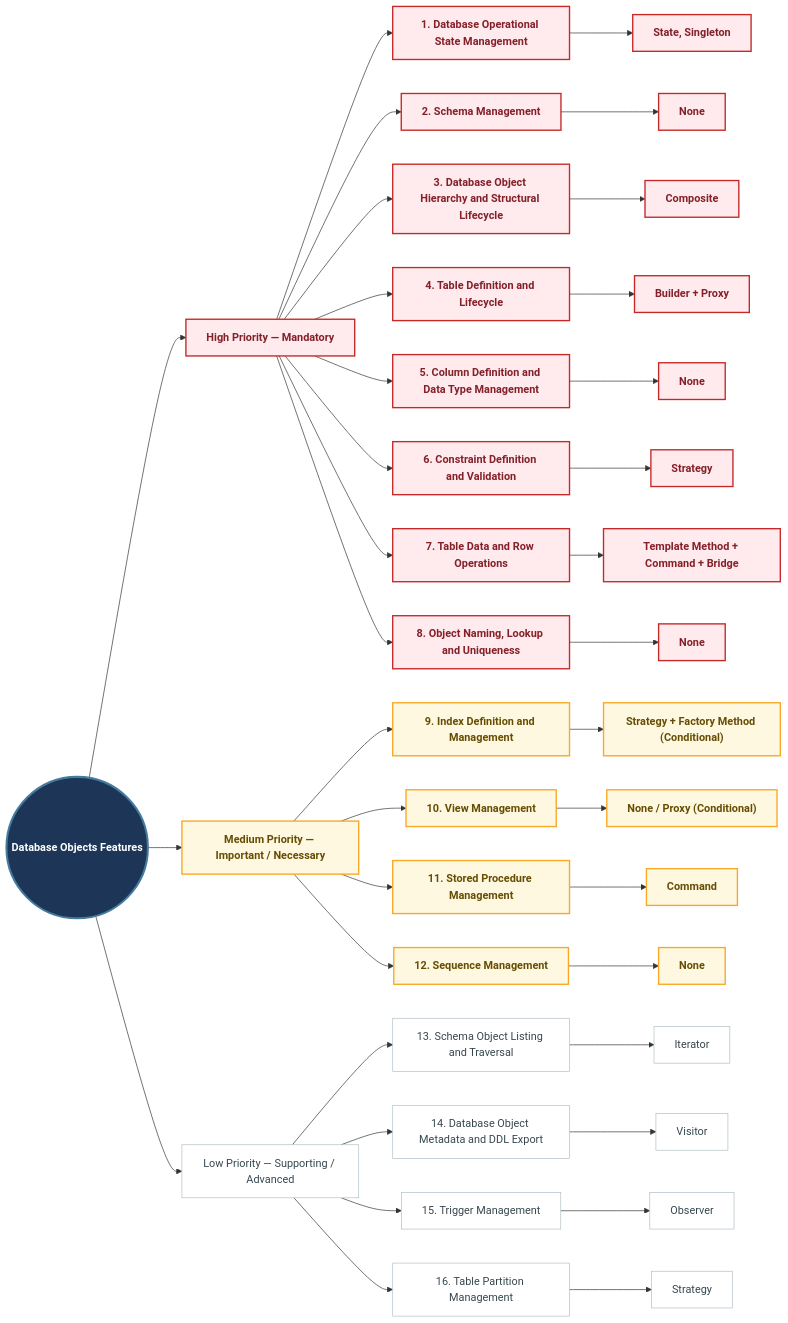
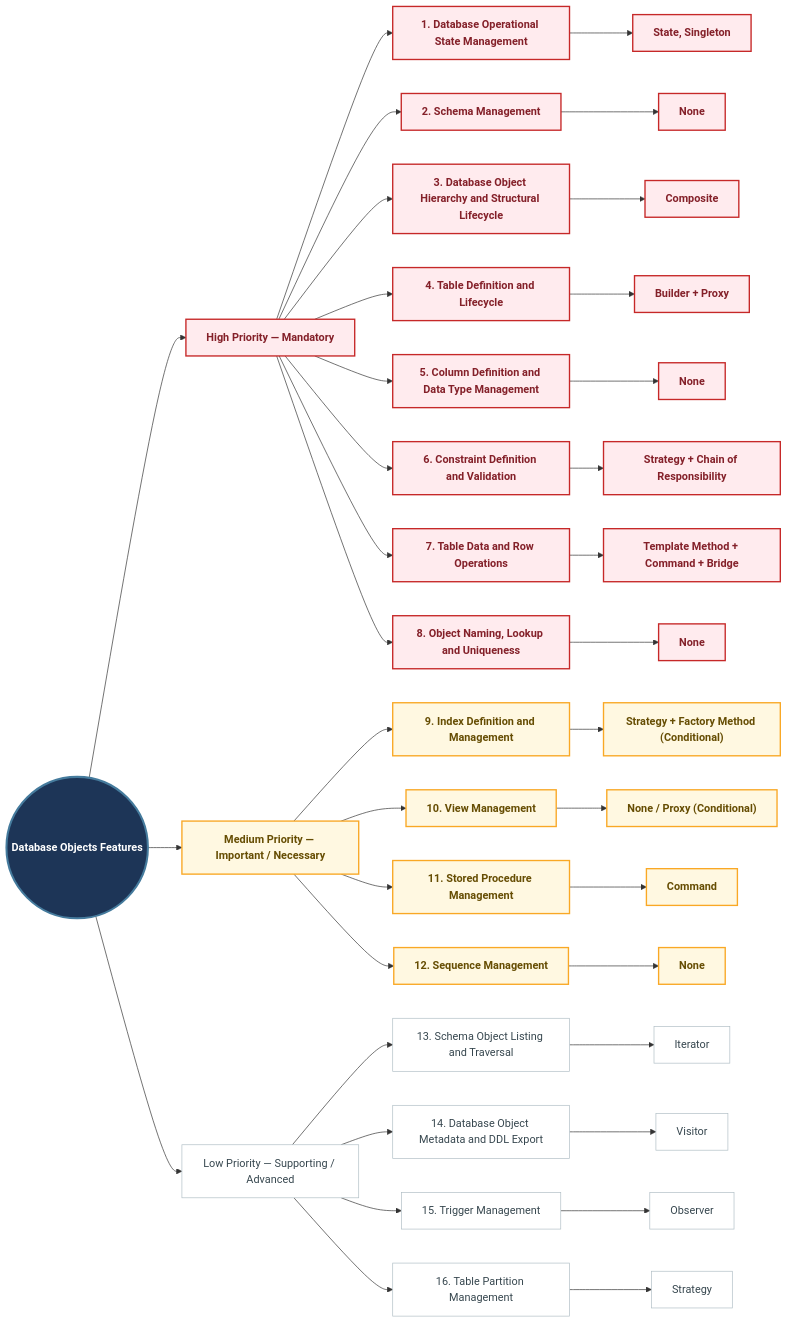
Before and after one commit to Huy1801214/dbms-architecture: the first of 21 diagrams in docs/pattern/README.md, drawn with Mermaid. The commit also changed other lines of this file and 7 other files, not shown here.

```diff
--- a/docs/pattern/README.md
+++ b/docs/pattern/README.md
@@ -33,7 +33,7 @@
     H5P["None"]
 
     H6["6. Constraint Definition and Validation"]
-    H6P["Strategy"]
+    H6P["Strategy + Chain of Responsibility"]
 
     H7["7. Table Data and Row Operations"]
     H7P["Template Method + Command + Bridge"]
```
